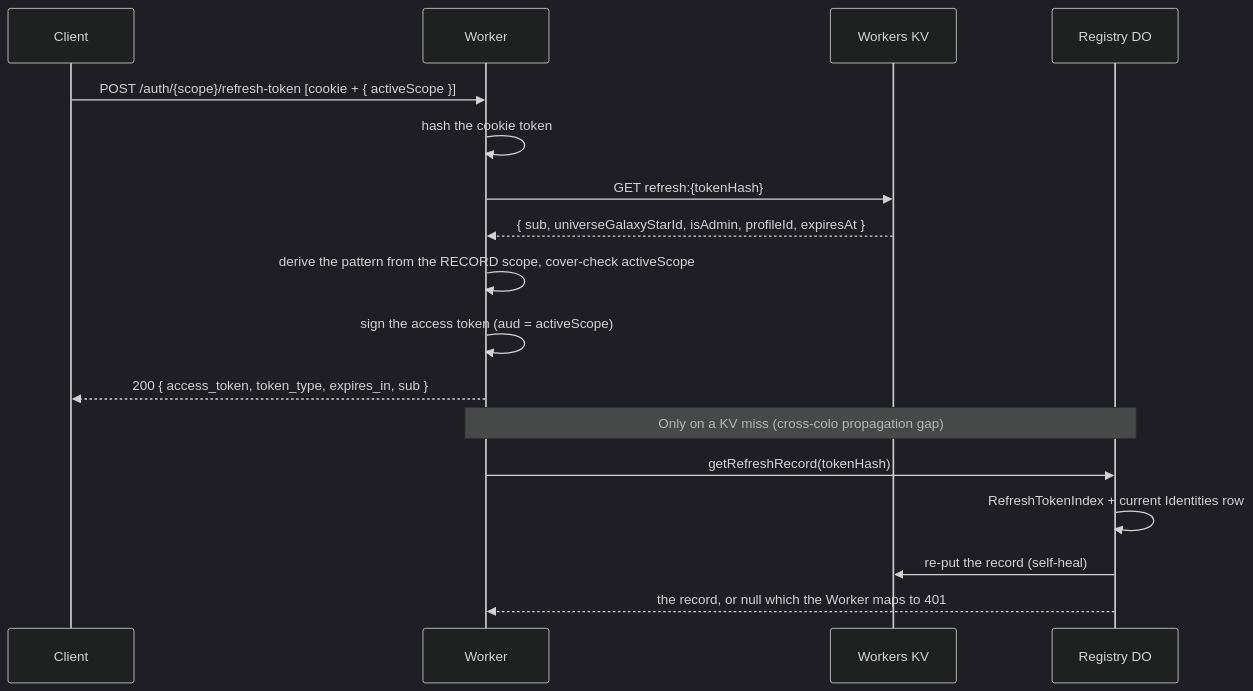
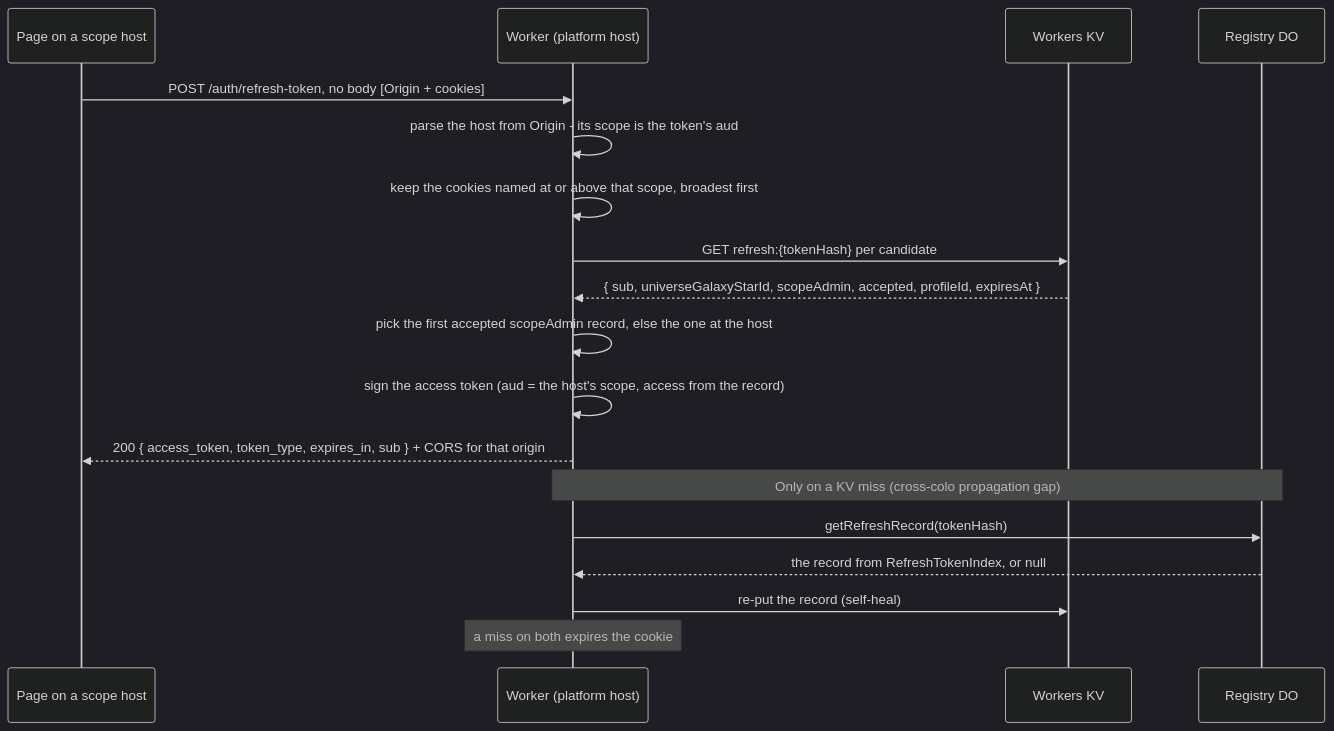
One commit to lumenize/lumenize changed the first of 8 diagrams in packages/nebula-auth/README.md. Above: the diagram before and after it, drawn with Mermaid (dark theme). The commit also changed other lines of this file and 324 other files, not shown here.

First line of the commit message:
feat(nebula): every scope on its own host, sessions on the platform host

````diff
--- a/packages/nebula-auth/README.md
+++ b/packages/nebula-auth/README.md
@@ -192,21 +185,22 @@
 ```mermaid
 sequenceDiagram
-    participant C as Client
-    participant W as Worker
+    participant C as Page on a scope host
+    participant W as Worker (platform host)
     participant KV as Workers KV
     participant R as Registry DO
 
-    C->>W: POST /auth/{scope}/refresh-token [cookie + { activeScope }]
-    W->>W: hash the cookie token
-    W->>KV: GET refresh:{tokenHash}
-    KV-->>W: { sub, universeGalaxyStarId, isAdmin, profileId, expiresAt }
-    W->>W: derive the pattern from the RECORD scope, cover-check activeScope
-    W->>W: sign the access token (aud = activeScope)
-    W-->>C: 200 { access_token, token_type, expires_in, sub }
+    C->>W: POST /auth/refresh-token, no body [Origin + cookies]
+    W->>W: parse the host from Origin - its scope is the token's aud
+    W->>W: keep the cookies named at or above that scope, broadest first
+    W->>KV: GET refresh:{tokenHash} per candidate
+    KV-->>W: { sub, universeGalaxyStarId, scopeAdmin, accepted, profileId, expiresAt }
+    W->>W: pick the first accepted scopeAdmin record, else the one at the host
+    W->>W: sign the access token (aud = the host's scope, access from the record)
+    W-->>C: 200 { access_token, token_type, expires_in, sub } + CORS for that origin
 
     Note over W,R: Only on a KV miss (cross-colo propagation gap)
     W->>R: getRefreshRecord(tokenHash)
-    R->>R: RefreshTokenIndex + current Identities row
-    R->>KV: re-put the record (self-heal)
-    R-->>W: the record, or null which the Worker maps to 401
+    R-->>W: the record from RefreshTokenIndex, or null
+    W->>KV: re-put the record (self-heal)
+    Note over W: a miss on both expires the cookie
 ```
````
